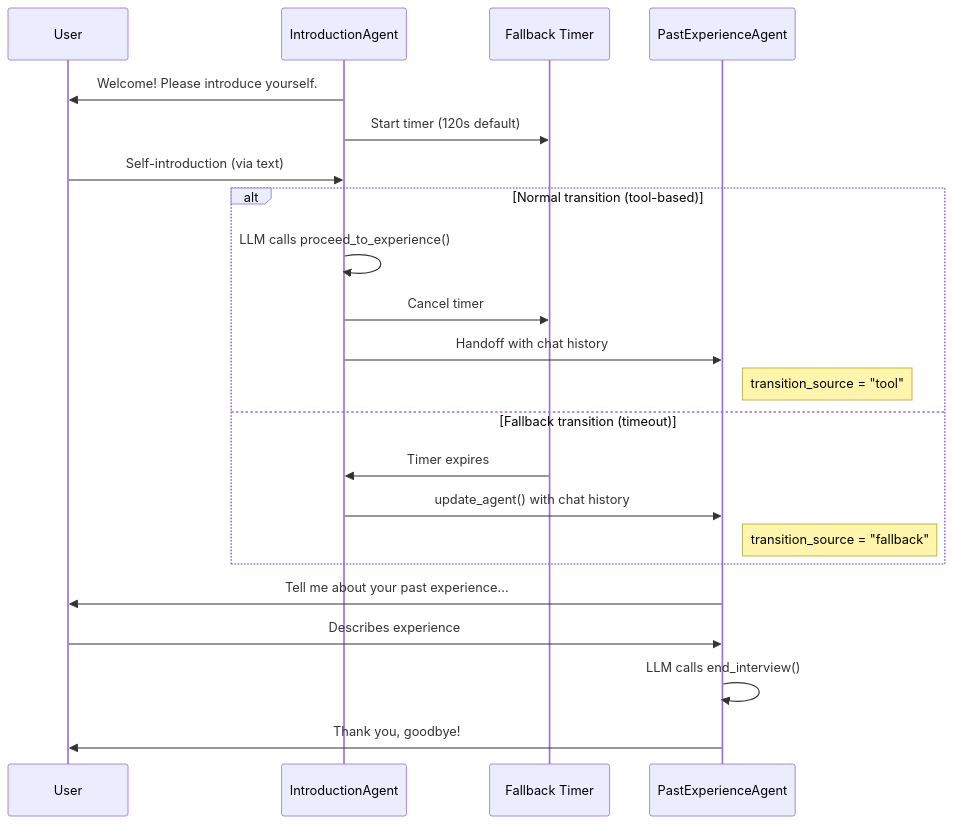
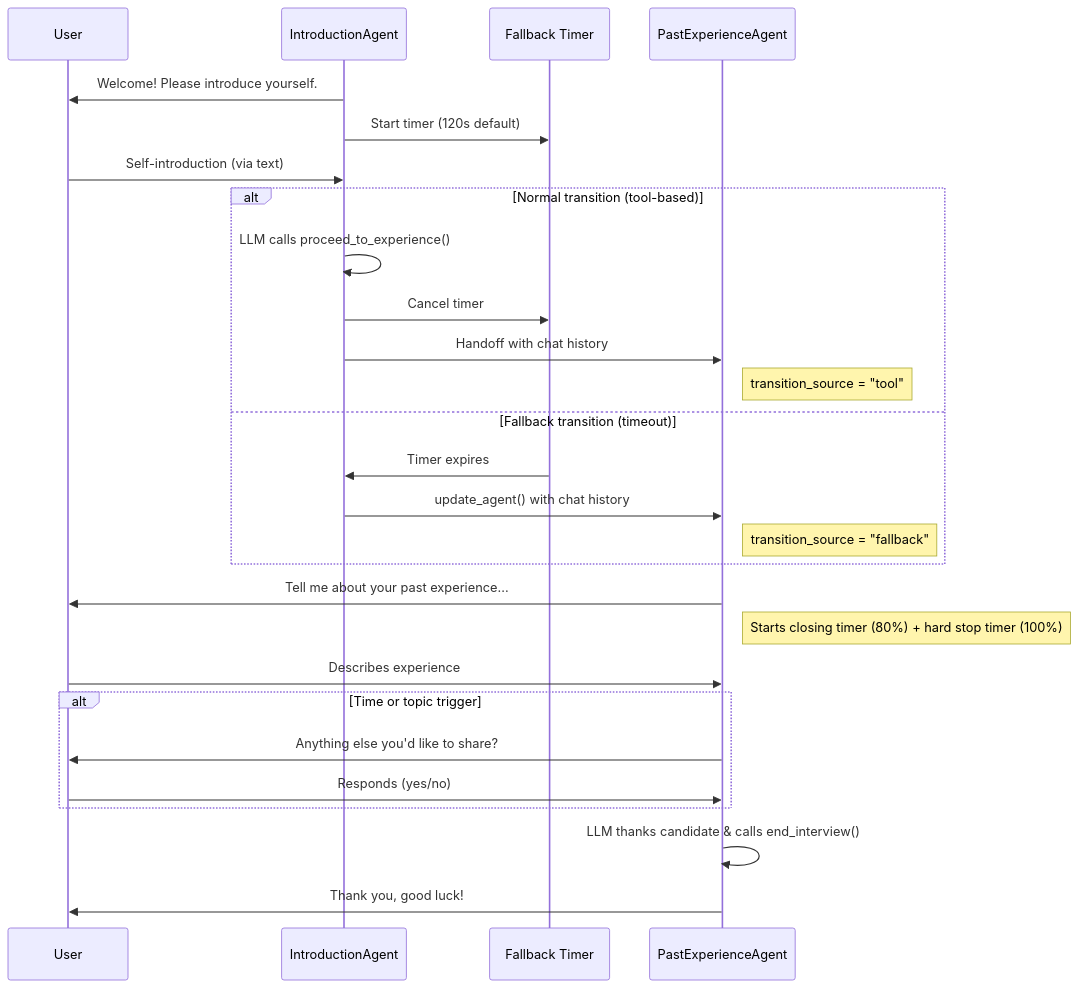
Before and after one commit to anhtranst/moc_interview_demo: the third of 3 diagrams in README.md, drawn with Mermaid. The commit also changed other lines of this file and 7 other files, not shown here.

````diff
--- a/README.md
+++ b/README.md
@@ -86,27 +89,34 @@
 ```mermaid
 sequenceDiagram
     participant U as User
     participant IA as IntroductionAgent
     participant FT as Fallback Timer
     participant PA as PastExperienceAgent
 
     IA->>U: Welcome! Please introduce yourself.
     IA->>FT: Start timer (120s default)
     U->>IA: Self-introduction (via text)
 
     alt Normal transition (tool-based)
         IA->>IA: LLM calls proceed_to_experience()
         IA->>FT: Cancel timer
         IA->>PA: Handoff with chat history
         Note right of PA: transition_source = "tool"
     else Fallback transition (timeout)
         FT->>IA: Timer expires
         IA->>PA: update_agent() with chat history
         Note right of PA: transition_source = "fallback"
     end
 
     PA->>U: Tell me about your past experience...
+    Note right of PA: Starts closing timer (80%) + hard stop timer (100%)
     U->>PA: Describes experience
-    PA->>PA: LLM calls end_interview()
-    PA->>U: Thank you, goodbye!
+
+    alt Time or topic trigger
+        PA->>U: Anything else you'd like to share?
+        U->>PA: Responds (yes/no)
+    end
+
+    PA->>PA: LLM thanks candidate & calls end_interview()
+    PA->>U: Thank you, good luck!
 ```
````
